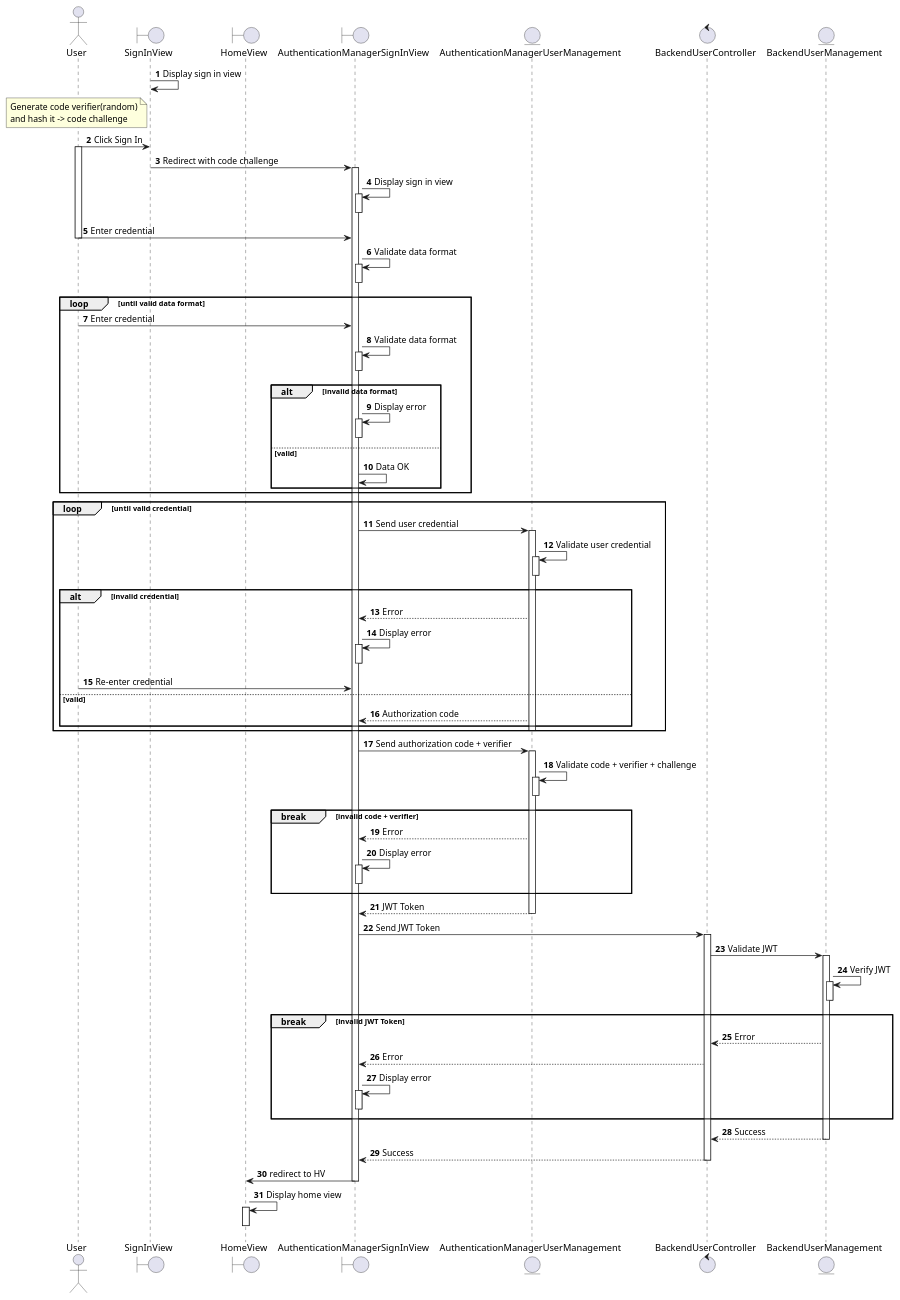
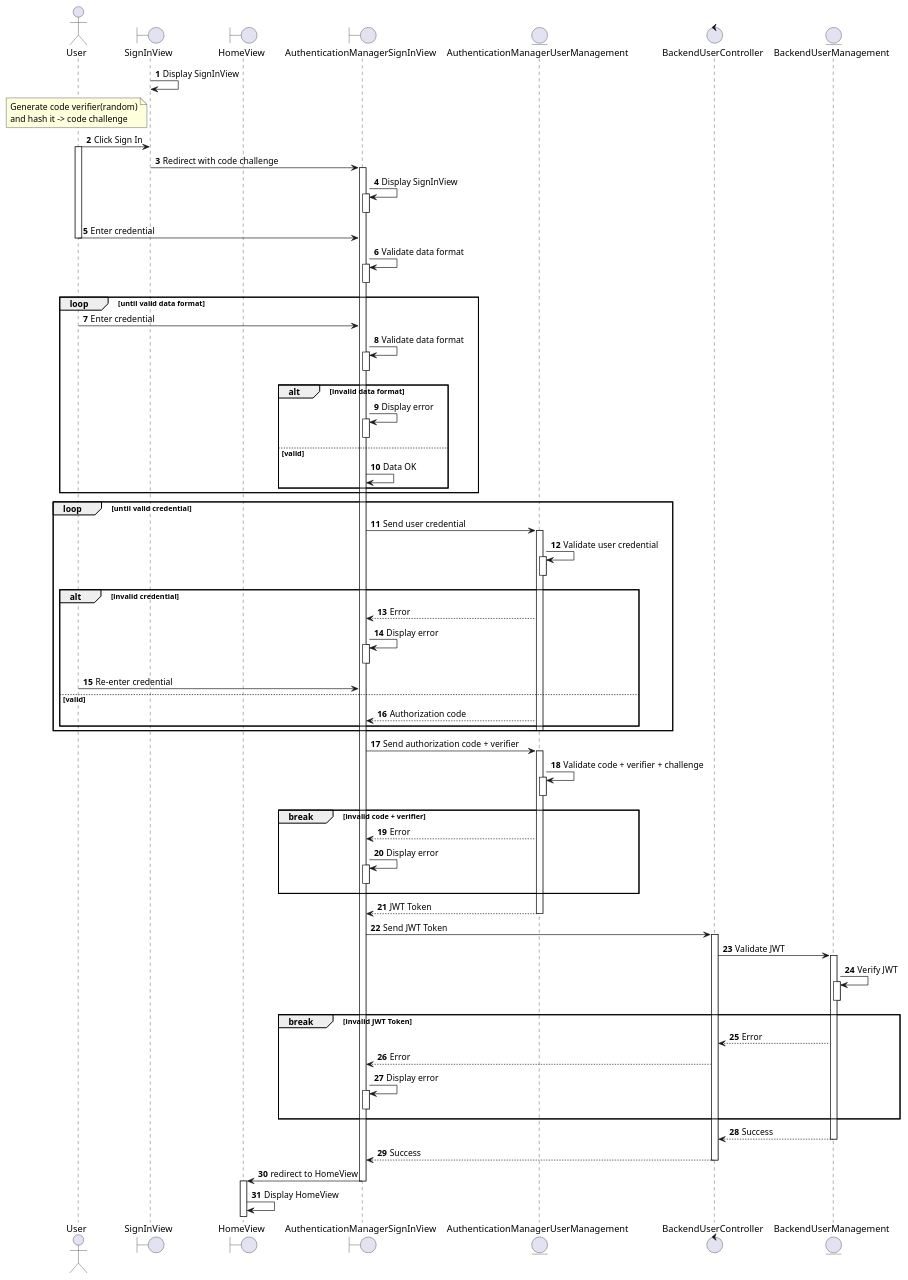
The diagram in docs/docs/sequence/auth/sign-in.md (electricilies/electricilies.github.io), drawn with PlantUML before and after one commit. The commit also changed 7 other files, not shown here.

Commit message:
fix(sequence): some messes from @NTGNguyen and new view-suggested-product, view-product-detail

````diff
--- a/docs/docs/sequence/auth/sign-in.md
+++ b/docs/docs/sequence/auth/sign-in.md
@@ -12,14 +12,14 @@
 control BackendUserController as BUC
 entity BackendUserManagement as BUM
 
-SIV -> SIV: Display sign in view
+SIV -> SIV: Display SignInView
 note left of SIV: Generate code verifier(random)\nand hash it -> code challenge
 U -> SIV: Click Sign In
 activate U
 SIV -> AMSIV: Redirect with code challenge
 activate AMSIV
 
-AMSIV -> AMSIV: Display sign in view
+AMSIV -> AMSIV: Display SignInView
 activate AMSIV
 deactivate AMSIV
 U -> AMSIV : Enter credential
@@ -104,10 +104,10 @@
 deactivate BUM
 AMSIV <-- BUC: Success
 deactivate BUC
-HV <- AMSIV: redirect to HV
+HV <- AMSIV: redirect to HomeView
 deactivate AMSIV
-HV -> HV: Display home view
 activate HV
 deactivate HV
+HV -> HV: Display HomeView
 @enduml
 ```
````
